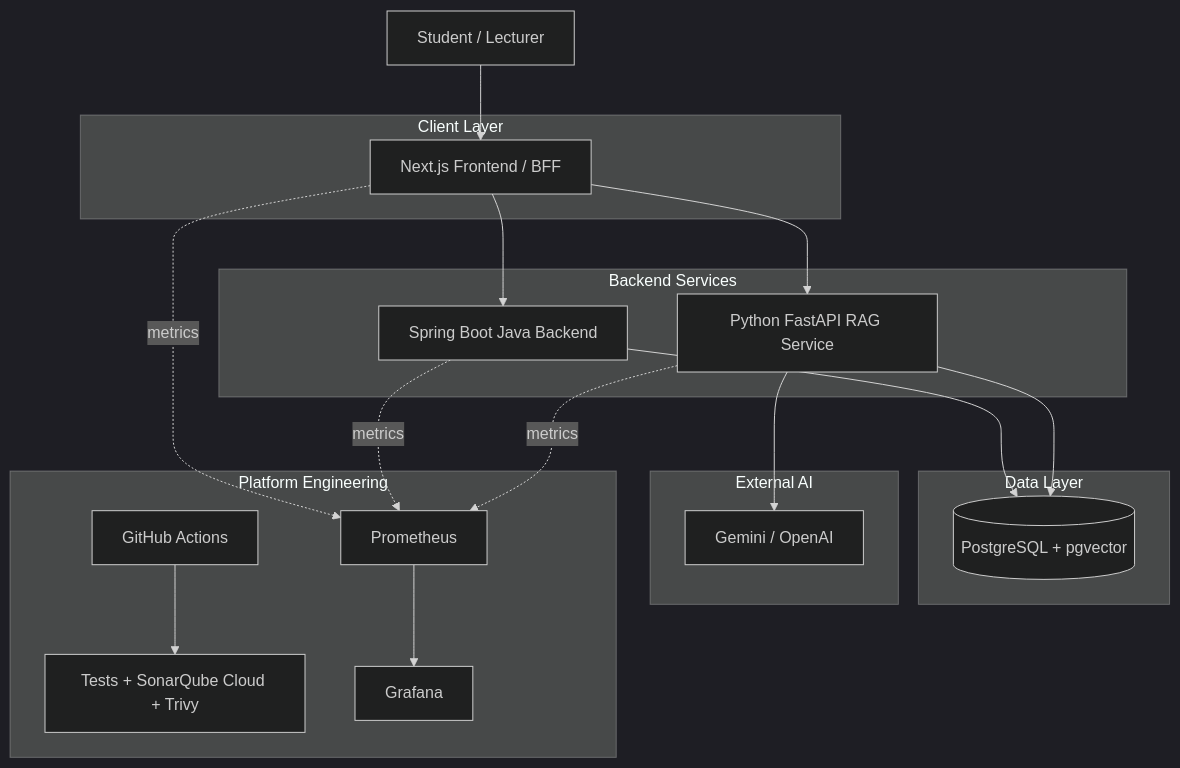
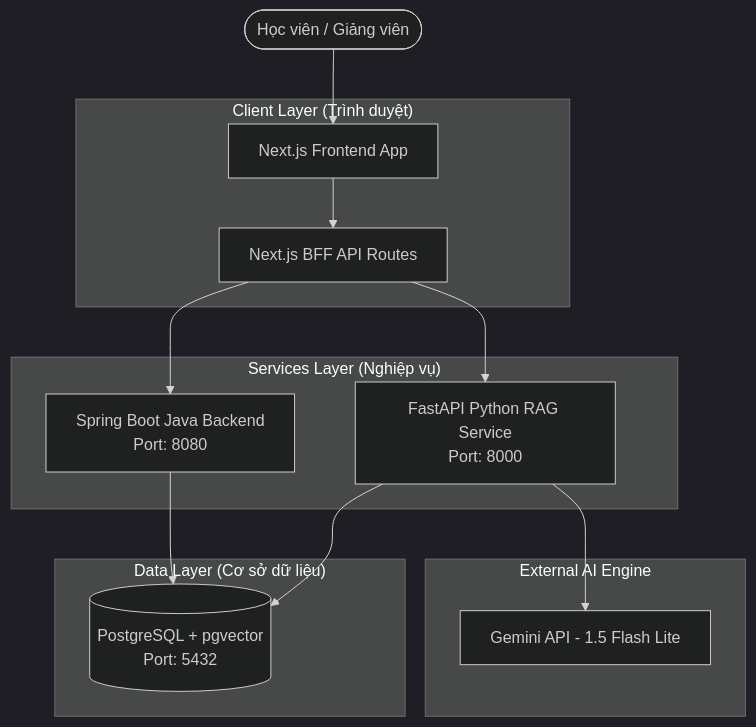
One commit to NhatNamNQ/SWD392-GROUP6 changed the first of 4 diagrams in README.md. Above: the diagram before and after it, drawn with Mermaid (dark theme). The commit also changed other lines of this file, not shown here.

````diff
--- a/README.md
+++ b/README.md
@@ -29,40 +28,30 @@
 ```mermaid
 flowchart TD
-    User[Student / Lecturer]
-
-    subgraph Client["Client Layer"]
-        FE[Next.js Frontend / BFF]
+    User([Học viên / Giảng viên])
+    
+    subgraph ClientLayer["Client Layer (Trình duyệt)"]
+        FE[Next.js Frontend App]
+        BFF[Next.js BFF API Routes]
     end
 
-    subgraph Services["Backend Services"]
-        Java[Spring Boot Java Backend]
-        Python[Python FastAPI RAG Service]
+    subgraph ServiceLayer["Services Layer (Nghiệp vụ)"]
+        Java[Spring Boot Java Backend\nPort: 8080]
+        Python[FastAPI Python RAG Service\nPort: 8000]
     end
 
-    subgraph Data["Data Layer"]
-        DB[(PostgreSQL + pgvector)]
+    subgraph DataLayer["Data Layer (Cơ sở dữ liệu)"]
+        DB[(PostgreSQL + pgvector\nPort: 5432)]
     end
 
-    subgraph External["External AI"]
-        LLM[Gemini / OpenAI]
-    end
-
-    subgraph PlatformOps["Platform Engineering"]
-        GHA[GitHub Actions]
-        Quality[Tests + SonarQube Cloud + Trivy]
-        Prom[Prometheus]
-        Grafana[Grafana]
+    subgraph AI["External AI Engine"]
+        Gemini[Gemini API - 1.5 Flash Lite]
     end
 
     User --> FE
-    FE --> Java
-    FE --> Python
+    FE --> BFF
+    BFF --> Java
+    BFF --> Python
     Java --> DB
     Python --> DB
-    Python --> LLM
-    GHA --> Quality
-    FE -. metrics .-> Prom
-    Java -. metrics .-> Prom
-    Python -. metrics .-> Prom
-    Prom --> Grafana
+    Python --> Gemini
 ```
````
